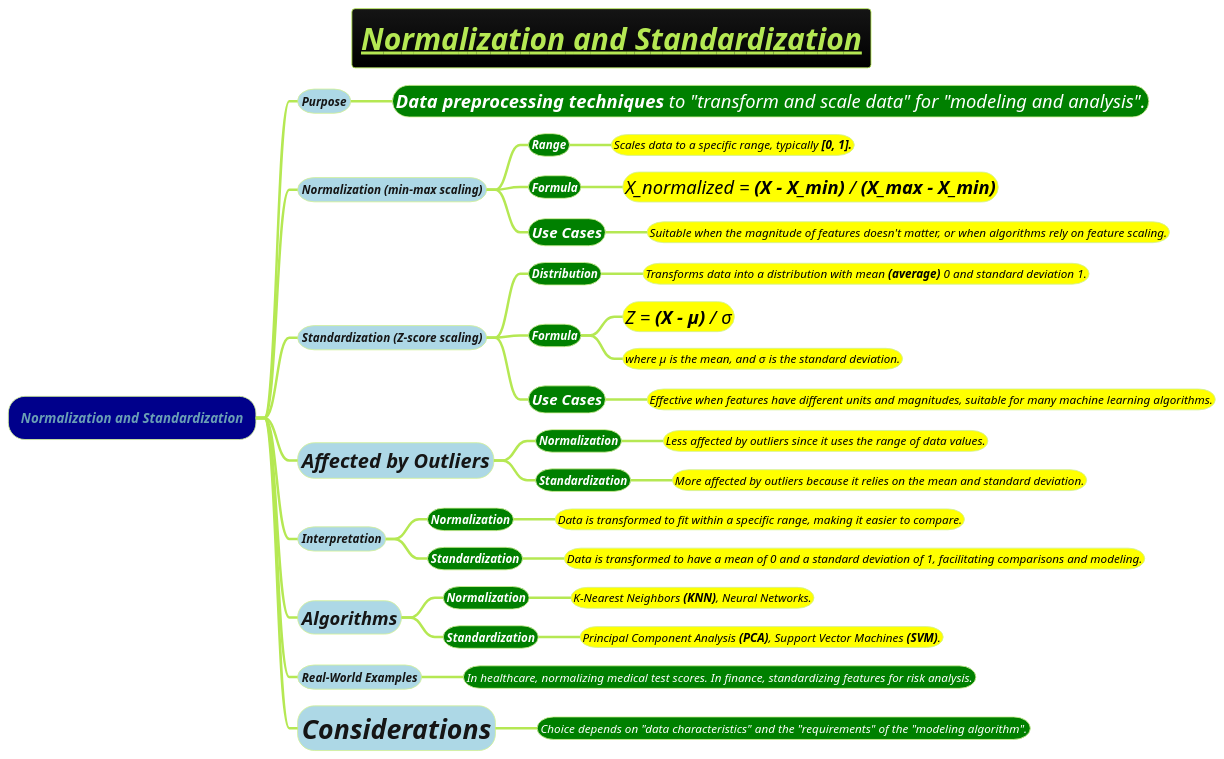
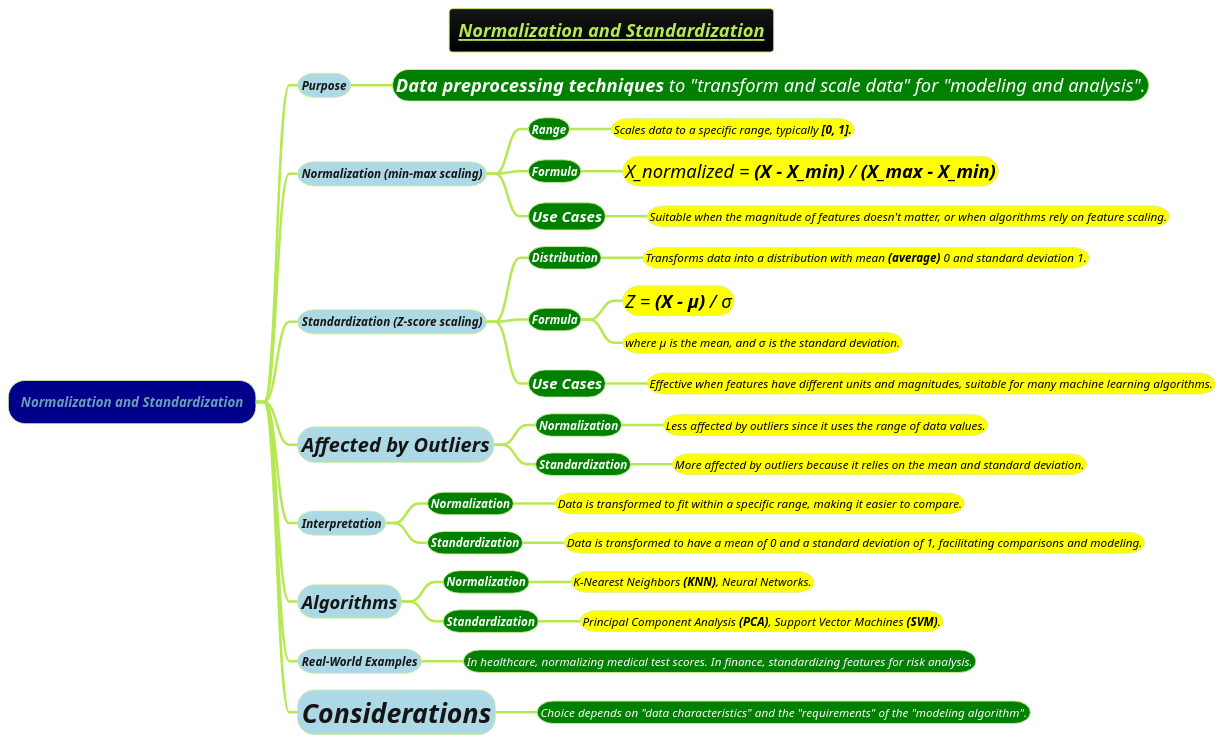
Before and after one commit to MehmoodHashmi/Documentation-as-Code-DaC: the diagram in docs/AI-ML-DL-Data-Science-and-BigData/data-science/data-engineering/data-preprocessing-(or-wrangling)/Normalization-and-Standardization.puml, drawn with PlantUML. The commit also changed 5 other files, not shown here.

```diff
--- a/docs/AI-ML-DL-Data-Science-and-BigData/data-science/data-engineering/data-preprocessing-(or-wrangling)/Normalization-and-Standardization.puml
+++ b/docs/AI-ML-DL-Data-Science-and-BigData/data-science/data-engineering/data-preprocessing-(or-wrangling)/Normalization-and-Standardization.puml
@@ -1,52 +1,52 @@
 @startmindmap
-title =<i><b><u>Normalization and Standardization
+title =<i><b><u><size:18>Normalization and Standardization
 
 !theme hacker
 
 
 *[#darkblue] <i>Normalization and Standardization
 **[#lightblue] <i><size:14>Purpose
 ***[#green] <color #white><i><size:22>**Data preprocessing techniques** to "transform and scale data" for "modeling and analysis".
 
 **[#lightblue] <i><size:14>Normalization **(min-max scaling)**
 ***[#green] <color #white><b><i><size:14>Range
 ****[#yellow] <color #black><i><size:14>Scales data to a specific range, typically <b>[0, 1].
 ***[#green] <color #white><b><i><size:14>Formula
 ****[#yellow] <color #black><i><size:22>X_normalized = **(X - X_min)** / **(X_max - X_min)**
 ***[#green] <color #white><b><i><size:18>Use Cases
 ****[#yellow] <color #black><i><size:14>Suitable when the magnitude of features doesn't matter, or when algorithms rely on feature scaling.
 
 **[#lightblue] <i><size:14>Standardization **(Z-score scaling)**
 ***[#green] <color #white><b><i><size:14>Distribution
 ****[#yellow] <color #black><i><size:14>Transforms data into a distribution with mean **(average)** 0 and standard deviation 1.
 ***[#green] <color #white><b><i><size:14>Formula
 ****[#yellow] <color #black><i><size:22>Z = **(X - μ)** / σ
 ****[#yellow] <color #black><i><size:14>where μ is the mean, and σ is the standard deviation.
 ***[#green] <color #white><b><i><size:18>Use Cases
 ****[#yellow] <color #black><i><size:14>Effective when features have different units and magnitudes, suitable for many machine learning algorithms.
 
 **[#lightblue] <i><size:24>Affected by Outliers
 ***[#green] <color #white><b><i><size:14>Normalization
 ****[#yellow] <color #black><i><size:14>Less affected by outliers since it uses the range of data values.
 ***[#green] <color #white><b><i><size:14>Standardization
 ****[#yellow] <color #black><i><size:14>More affected by outliers because it relies on the mean and standard deviation.
 
 **[#lightblue] <i><size:14>Interpretation
 ***[#green] <color #white><b><i><size:14>Normalization
 ****[#yellow] <color #black><i><size:14>Data is transformed to fit within a specific range, making it easier to compare.
 ***[#green] <color #white><b><i><size:14>Standardization
 ****[#yellow] <color #black><i><size:14>Data is transformed to have a mean of 0 and a standard deviation of 1, facilitating comparisons and modeling.
 
 **[#lightblue] <i><size:22>Algorithms
 ***[#green] <color #white><b><i><size:14>Normalization
 ****[#yellow] <color #black><i><size:14>K-Nearest Neighbors **(KNN)**, Neural Networks.
 ***[#green] <color #white><b><i><size:14>Standardization
 ****[#yellow] <color #black><i><size:14>Principal Component Analysis **(PCA)**, Support Vector Machines **(SVM)**.
 
 **[#lightblue] <i><size:14>Real-World Examples
 ***[#green] <color #white><i><size:14>In healthcare, normalizing medical test scores. In finance, standardizing features for risk analysis.
 
 **[#lightblue] <i><size:32>Considerations
 ***[#green] <color #white><i><size:14>Choice depends on "data characteristics" and the "requirements" of the "modeling algorithm".
 
 @endmindmap
```
